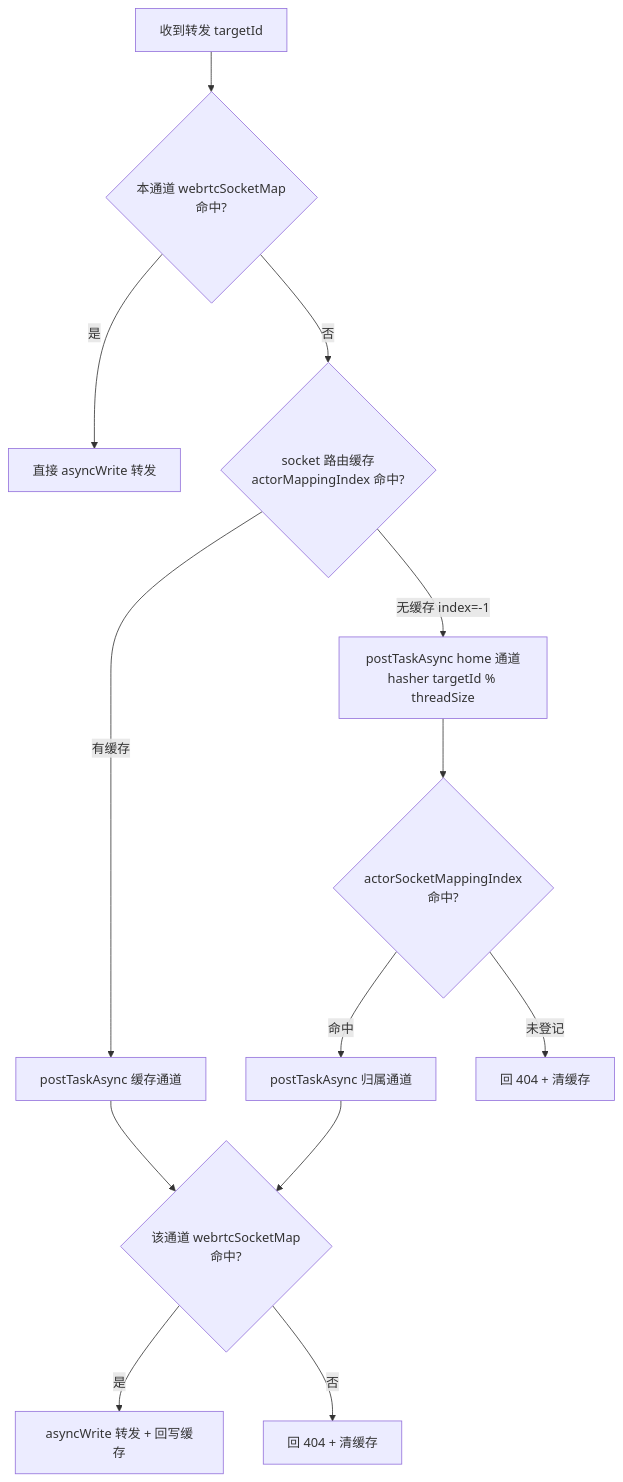
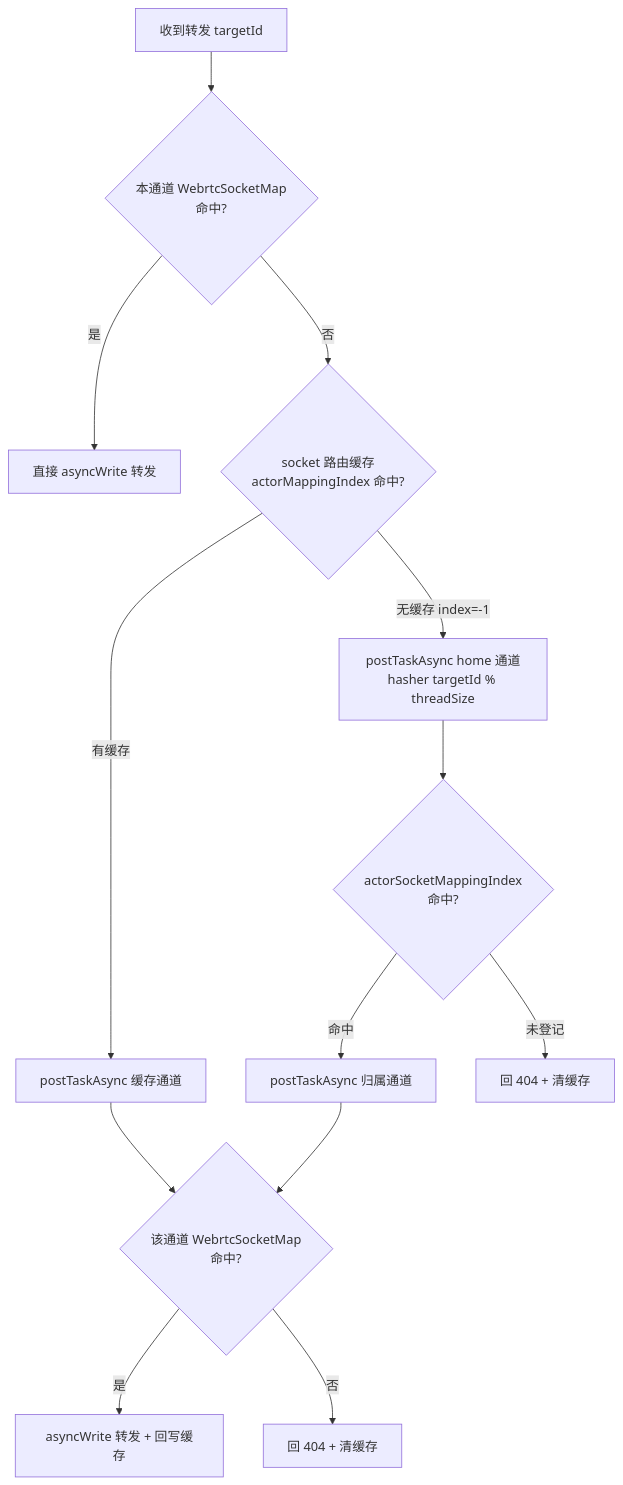
One commit to HopeTiga/HopeDesk changed the third of 5 diagrams in webrtc-signal-server.md. Above: the diagram before and after it, drawn with Mermaid. The commit also changed other lines of this file, not shown here.

````diff
--- a/webrtc-signal-server.md
+++ b/webrtc-signal-server.md
@@ -234,15 +234,15 @@
 ```mermaid
 flowchart TD
-  A["收到转发 targetId"] --> B{"本通道 webrtcSocketMap<br/>命中?"}
+  A["收到转发 targetId"] --> B{"本通道 WebrtcSocketMap<br/>命中?"}
   B -- 是 --> R1["直接 asyncWrite 转发"]
   B -- 否 --> C{"socket 路由缓存<br/>actorMappingIndex 命中?"}
   C -- "有缓存" --> D["postTaskAsync 缓存通道"]
   C -- "无缓存 index=-1" --> E["postTaskAsync home 通道<br/>hasher targetId % threadSize"]
-  D --> F{"该通道 webrtcSocketMap<br/>命中?"}
+  D --> F{"该通道 WebrtcSocketMap<br/>命中?"}
   E --> G{"actorSocketMappingIndex<br/>命中?"}
   G -- "命中" --> H["postTaskAsync 归属通道"]
   G -- "未登记" --> X1["回 404 + 清缓存"]
   H --> F
   F -- "是" --> R2["asyncWrite 转发 + 回写缓存"]
   F -- "否" --> X2["回 404 + 清缓存"]
 ```
````
